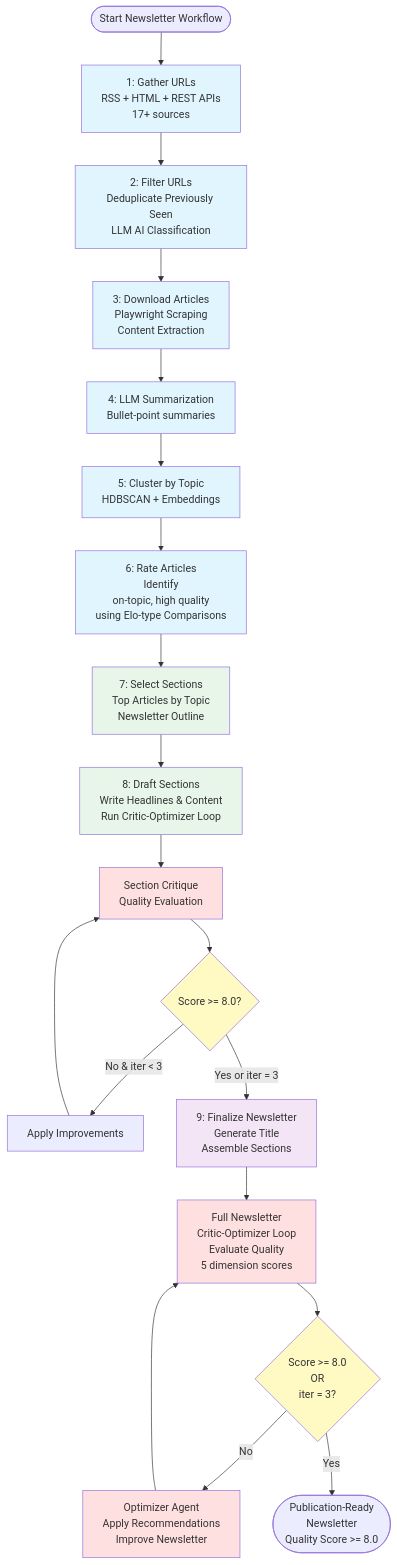
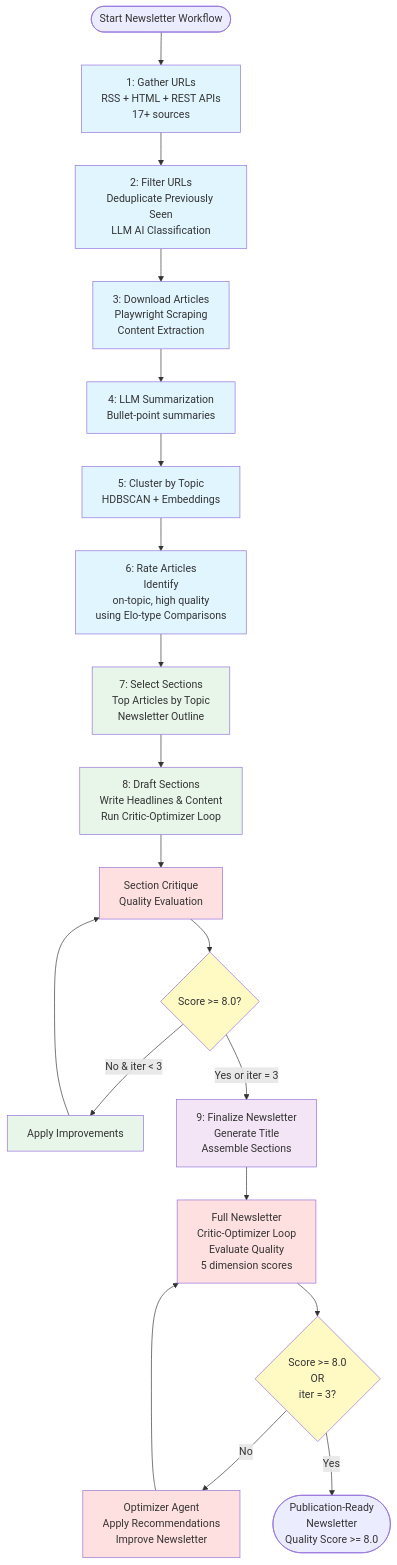
Before and after one commit to druce/OpenAIAgentsSDK: the diagram in README.md, drawn with Mermaid.

````diff
--- a/README.md
+++ b/README.md
@@ -9,48 +9,49 @@
 ```mermaid
   flowchart TD
       Start([Start Newsletter Workflow]) --> Step1[1: Gather URLs<br/>RSS + HTML + REST APIs<br/>17+ sources]
 
       Step1 --> Step2[2: Filter URLs<br/>Deduplicate Previously Seen<br/>LLM AI Classification<br/>]
 
       Step2 --> Step3[3: Download Articles<br/>Playwright Scraping<br/>Content Extraction]
 
       Step3 --> Step4[4: LLM Summarization<br/>Bullet-point summaries]
 
       Step4 --> Step5[5: Cluster by Topic<br/>HDBSCAN + Embeddings]
 
       Step5 --> Step6[6: Rate Articles<br/>Identify<br/>on-topic, high quality<br/>using Elo-type Comparisons]
 
       Step6 --> Step7[7: Select Sections<br/>Top Articles by Topic<br/>Newsletter Outline]
 
       Step7 --> Step8[8: Draft Sections<br/>Write Headlines & Content<br/>Run Critic-Optimizer Loop]
 
       Step8 --> Critique8[Section Critique<br/>Quality Evaluation]
       Critique8 --> Check8{Score >= 8.0?}
       Check8 -->|No & iter < 3| Improve8[Apply Improvements]
       Improve8 --> Critique8
       Check8 -->|Yes or iter = 3| Step9[9: Finalize Newsletter<br/>Generate Title<br/>Assemble Sections]
 
       Step9 --> Critique9[Full Newsletter<br/>Critic-Optimizer Loop<br/>Evaluate Quality<br/>5 dimension scores]
 
       Critique9 --> Check9{Score >= 8.0<br/>OR<br/>iter = 3?}
 
       Check9 -->|No| Optimizer[Optimizer Agent<br/>Apply Recommendations<br/>Improve Newsletter]
       Optimizer --> Critique9
 
       Check9 -->|Yes| Final([Publication-Ready<br>Newsletter<br/>Quality Score >= 8.0])
 
       style Step1 fill:#e1f5ff
       style Step2 fill:#e1f5ff
       style Step3 fill:#e1f5ff
       style Step4 fill:#e1f5ff
       style Step5 fill:#e1f5ff
       style Step6 fill:#e1f5ff
       style Step7 fill:#e8f5e9
       style Step8 fill:#e8f5e9
       style Step9 fill:#f3e5f5
       style Critique8 fill:#ffe0e0
+      style Improve8 fill:#e8f5e9
       style Critique9 fill:#ffe0e0
       style Optimizer fill:#ffe0e0
       style Check8 fill:#fff9c4
       style Check9 fill:#fff9c4
   ```
````
